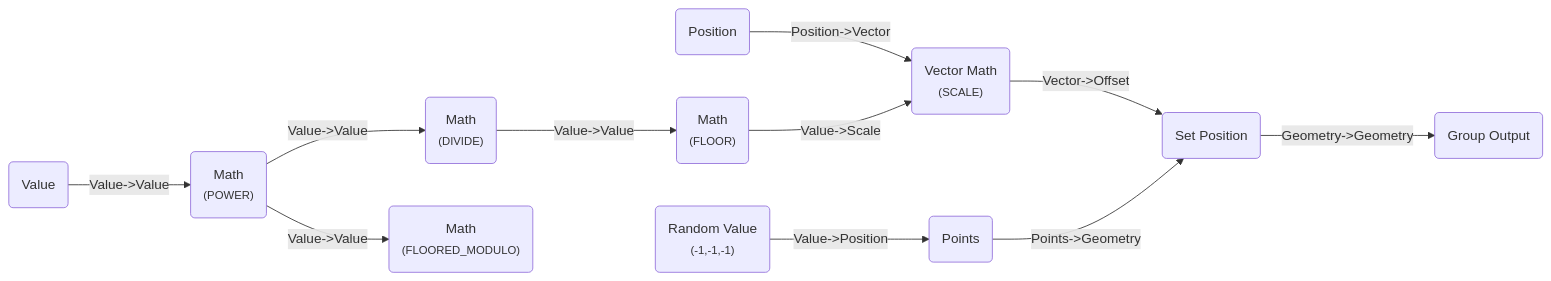
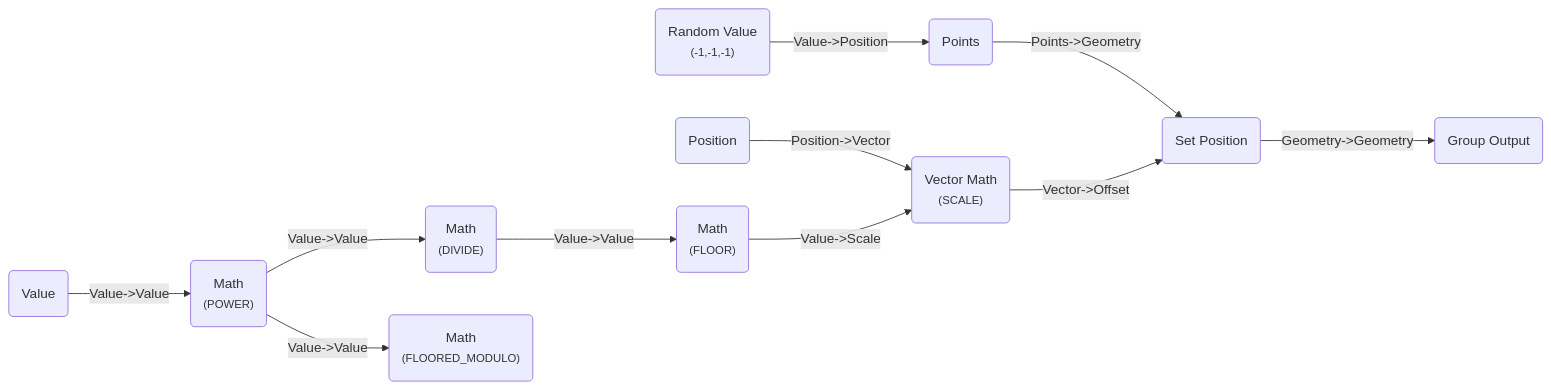
The first of 11 diagrams in operators.llms.md (BradyAJohnston/nodebpy), drawn with Mermaid before and after one commit. The commit also changed other lines of this file and 104 other files, not shown here.

````diff
--- a/operators.llms.md
+++ b/operators.llms.md
@@ -27,24 +27,24 @@
 ``` mermaid
 graph LR
     N0("Value"):::input-node
     N1("Math<br/><small>(POWER)</small>"):::converter-node
     N2("Math<br/><small>(DIVIDE)</small>"):::converter-node
     N3("Math<br/><small>(FLOORED_MODULO)</small>"):::converter-node
     N4("Random Value<br/><small>(-1,-1,-1)</small>"):::converter-node
     N5("Position"):::input-node
     N6("Math<br/><small>(FLOOR)</small>"):::converter-node
     N7("Points"):::geometry-node
     N8("Vector Math<br/><small>(SCALE)</small>"):::vector-node
     N9("Set Position"):::geometry-node
     N10("Group Output"):::default-node
+    N9 -->|"Geometry->Geometry"| N10
     N0 -->|"Value->Value"| N1
     N1 -->|"Value->Value"| N3
     N1 -->|"Value->Value"| N2
     N2 -->|"Value->Value"| N6
     N4 -->|"Value->Position"| N7
     N5 -->|"Position->Vector"| N8
     N6 -->|"Value->Scale"| N8
+    N7 -->|"Points->Geometry"| N9
     N8 -->|"Vector->Offset"| N9
-    N7 -->|"Points->Geometry"| N9
-    N9 -->|"Geometry->Geometry"| N10
 ```
````
